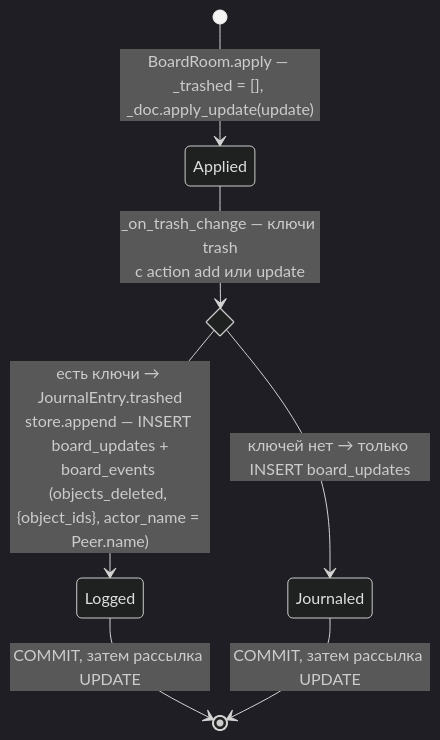
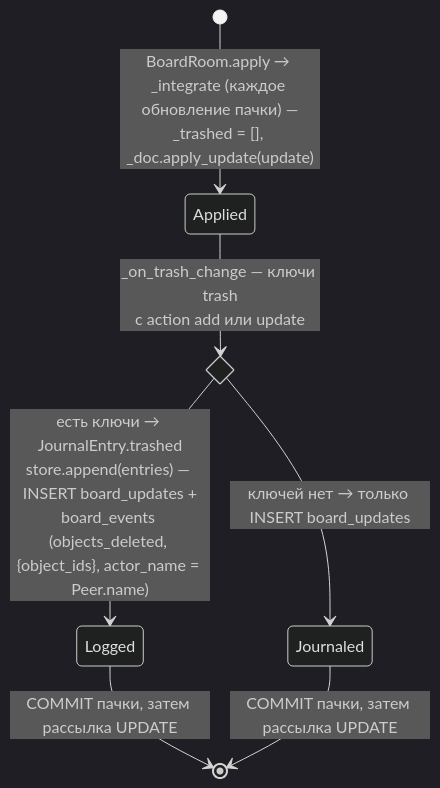
One commit to shumakove/myboard changed the second of 2 diagrams in uml/states/board-object.md. Above: the diagram before and after it, drawn with Mermaid (dark theme). The commit also changed other lines of this file and 7 other files, not shown here.

First line of the commit message:
T6.2: Обновить UML по принятому коду (стикеры, стопка, BUG-018)

````diff
--- a/uml/states/board-object.md
+++ b/uml/states/board-object.md
@@ -26,10 +26,10 @@
 ```mermaid
 stateDiagram-v2
   state seen <<choice>>
-  [*] --> Applied: BoardRoom.apply — _trashed = [], _doc.apply_update(update)
+  [*] --> Applied: BoardRoom.apply → _integrate (каждое обновление пачки) —<br/>_trashed = [], _doc.apply_update(update)
   Applied --> seen: _on_trash_change — ключи trash<br/>с action add или update
-  seen --> Logged: есть ключи → JournalEntry.trashed<br/>store.append — INSERT board_updates +<br/>board_events (objects_deleted, {object_ids}, actor_name = Peer.name)
+  seen --> Logged: есть ключи → JournalEntry.trashed<br/>store.append(entries) — INSERT board_updates +<br/>board_events (objects_deleted, {object_ids}, actor_name = Peer.name)
   seen --> Journaled: ключей нет → только INSERT board_updates
-  Logged --> [*]: COMMIT, затем рассылка UPDATE
-  Journaled --> [*]: COMMIT, затем рассылка UPDATE
+  Logged --> [*]: COMMIT пачки, затем рассылка UPDATE
+  Journaled --> [*]: COMMIT пачки, затем рассылка UPDATE
 ```
````
